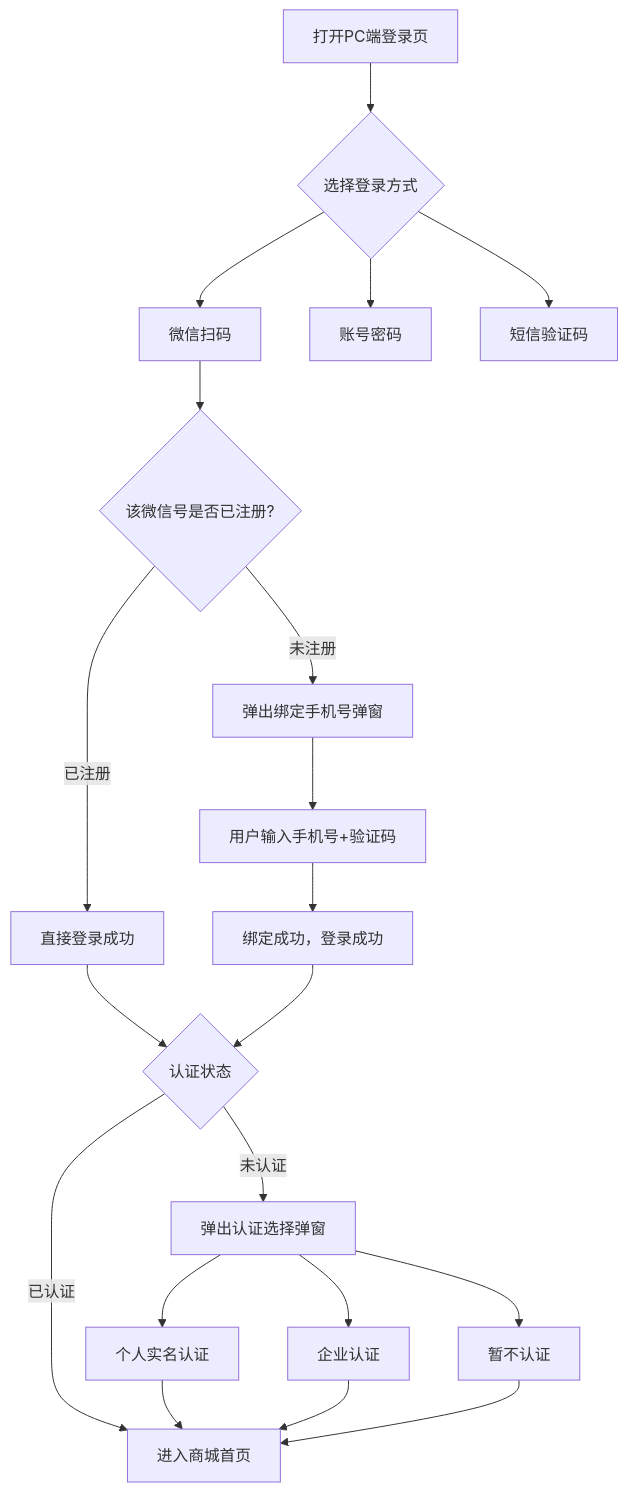
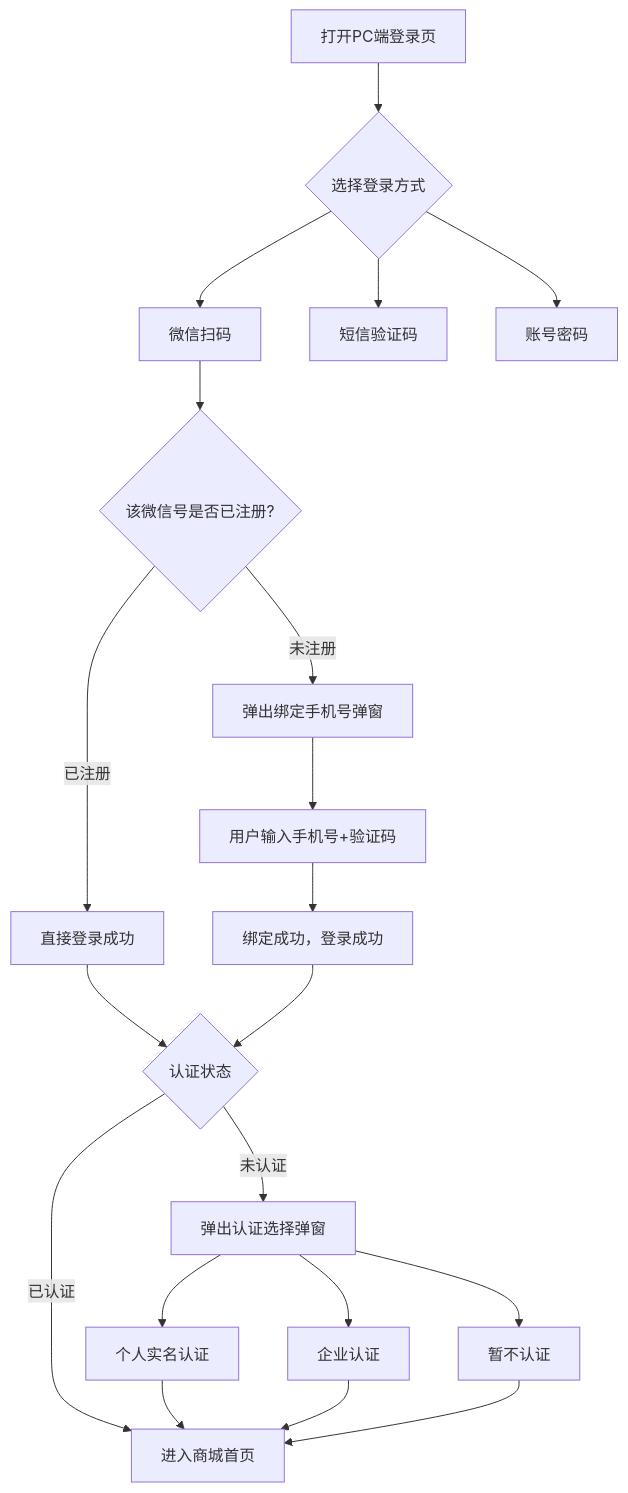
The first of 3 diagrams in PRD_微信一键登录_v1.11_优化版.md (Connie-316/enterprise-auth-docs), drawn with Mermaid before and after one commit. The commit also changed 1 other file, not shown here.

Commit message:
fix: 登录方式顺序更正：验证码优先于账号密码

````diff
--- a/PRD_微信一键登录_v1.11_优化版.md
+++ b/PRD_微信一键登录_v1.11_优化版.md
@@ -35,26 +35,26 @@
 ```mermaid
 graph TD
     A[打开PC端登录页] --> B{选择登录方式}
     B --> C[微信扫码]
-    B --> D[账号密码]
-    B --> E[短信验证码]
+    B --> D[短信验证码]
+    B --> E[账号密码]
 
     C --> F{该微信号是否已注册?}
     F -->|已注册| G[直接登录成功]
     F -->|未注册| H[弹出绑定手机号弹窗]
     H --> I[用户输入手机号+验证码]
     I --> J[绑定成功，登录成功]
 
     G --> K{认证状态}
     J --> K
     K -->|已认证| L[进入商城首页]
     K -->|未认证| M[弹出认证选择弹窗]
 
     M --> N[个人实名认证]
     M --> O[企业认证]
     M --> P[暂不认证]
 
     N --> L
     O --> L
     P --> L
 ```
````
